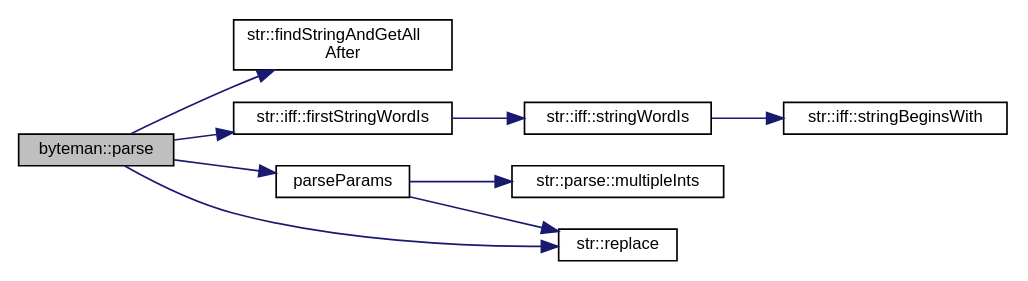
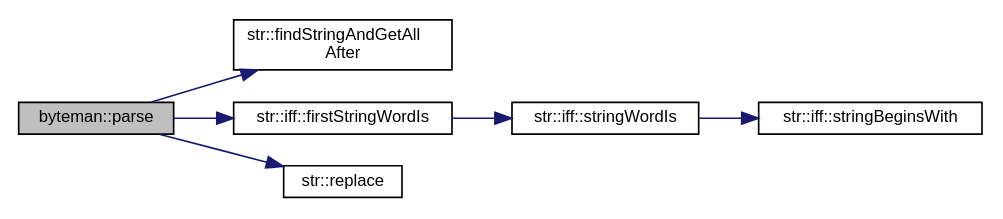
Before and after one commit to FPGA-Research-Manchester/byteman: the diagram in classbyteman_a0ce0e992678e3f8b51cc5e01cea14ddb_cgraph.dot, drawn with Graphviz. The commit also changed 408 other files, not shown here.

```diff
--- a/classbyteman_a0ce0e992678e3f8b51cc5e01cea14ddb_cgraph.dot
+++ b/classbyteman_a0ce0e992678e3f8b51cc5e01cea14ddb_cgraph.dot
@@ -1,24 +1,19 @@
 digraph "byteman::parse"
 {
  // INTERACTIVE_SVG=YES
  // LATEX_PDF_SIZE
   edge [fontname="Helvetica",fontsize="10",labelfontname="Helvetica",labelfontsize="10"];
   node [fontname="Helvetica",fontsize="10",shape=record];
   rankdir="LR";
   Node1 [label="byteman::parse",height=0.2,width=0.4,color="black", fillcolor="grey75", style="filled", fontcolor="black",tooltip=" "];
   Node1 -> Node2 [color="midnightblue",fontsize="10",style="solid",fontname="Helvetica"];
   Node2 [label="str::findStringAndGetAll\lAfter",height=0.2,width=0.4,color="black", fillcolor="white", style="filled",URL="$namespacestr.html#a664d127caf0e35994e01d38d9c0fc16c",tooltip="Finds string searchString inside checkedString and returns all to the right inside checkedString...."];
   Node1 -> Node3 [color="midnightblue",fontsize="10",style="solid",fontname="Helvetica"];
   Node3 [label="str::iff::firstStringWordIs",height=0.2,width=0.4,color="black", fillcolor="white", style="filled",URL="$namespacestr_1_1iff.html#a06c9e283ff14a39e32af47c1b1ca699b",tooltip="Returns true if string checkedString's first word matches fully any of strings nextString or restStri..."];
   Node3 -> Node4 [color="midnightblue",fontsize="10",style="solid",fontname="Helvetica"];
   Node4 [label="str::iff::stringWordIs",height=0.2,width=0.4,color="black", fillcolor="white", style="filled",URL="$namespacestr_1_1iff.html#ab3d5fdd04adcc9952bcf512260c06d8f",tooltip="Returns true if string checkedString matches fully any of strings nextString or restStrings."];
   Node4 -> Node5 [color="midnightblue",fontsize="10",style="solid",fontname="Helvetica"];
   Node5 [label="str::iff::stringBeginsWith",height=0.2,width=0.4,color="black", fillcolor="white", style="filled",URL="$namespacestr_1_1iff.html#a6d3613fc3d6e8d86b3041d6d225aa6b6",tooltip="Returns true if string checkedString's first characters match fully any of strings nextString or rest..."];
   Node1 -> Node6 [color="midnightblue",fontsize="10",style="solid",fontname="Helvetica"];
-  Node6 [label="parseParams",height=0.2,width=0.4,color="black", fillcolor="white", style="filled",URL="$inlineParseParams_8h.html#a7f22499069a08d35dfe2ec4697d03056",tooltip=" "];
-  Node6 -> Node7 [color="midnightblue",fontsize="10",style="solid",fontname="Helvetica"];
-  Node7 [label="str::parse::multipleInts",height=0.2,width=0.4,color="black", fillcolor="white", style="filled",URL="$namespacestr_1_1parse.html#a9f14cc7345a3fc0591a6afaf8033e6d1",tooltip=" "];
-  Node6 -> Node8 [color="midnightblue",fontsize="10",style="solid",fontname="Helvetica"];
-  Node8 [label="str::replace",height=0.2,width=0.4,color="black", fillcolor="white", style="filled",URL="$namespacestr.html#ac23568893d7dd0123ecfc9105c9f3a69",tooltip="Replaces all instances of oldChar in string str with newChar and returns the resulting string."];
-  Node1 -> Node8 [color="midnightblue",fontsize="10",style="solid",fontname="Helvetica"];
+  Node6 [label="str::replace",height=0.2,width=0.4,color="black", fillcolor="white", style="filled",URL="$namespacestr.html#ac23568893d7dd0123ecfc9105c9f3a69",tooltip="Replaces all instances of oldChar in string str with newChar and returns the resulting string."];
 }
```
